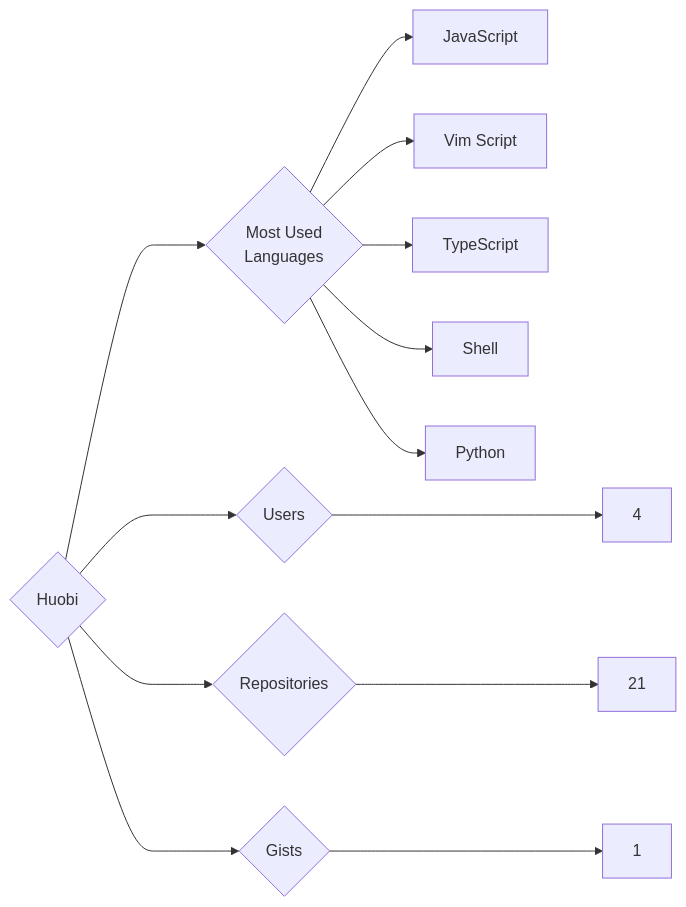
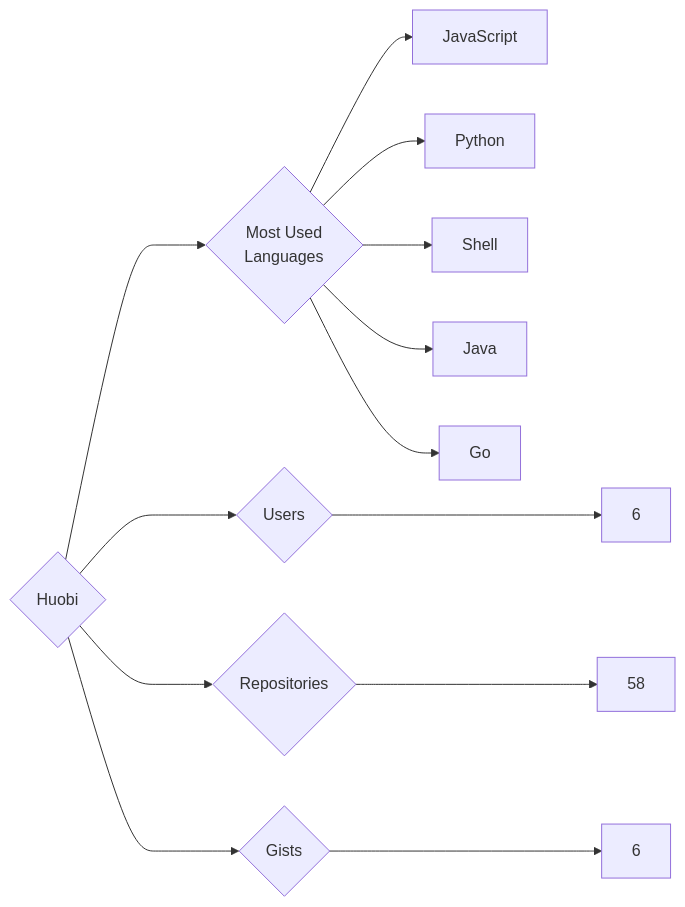
Before and after one commit to trickest/insiders: the diagram in targets/Huobi/README.md, drawn with Mermaid. The commit also changed 1088 other files, not shown here.

````diff
--- a/targets/Huobi/README.md
+++ b/targets/Huobi/README.md
@@ -3,13 +3,13 @@
 ```mermaid
 graph LR
 COMPANY_NAME{Huobi}
-COMPANY_NAME ---> U{Users} ---> UN[4]
-COMPANY_NAME ---> R{Repositories} ---> RN[21]
-COMPANY_NAME ---> G{Gists} ---> GN[1]
+COMPANY_NAME ---> U{Users} ---> UN[6]
+COMPANY_NAME ---> R{Repositories} ---> RN[58]
+COMPANY_NAME ---> G{Gists} ---> GN[6]
 COMPANY_NAME ---> ML{Most Used<br>Languages}
 ML --> JavaScript[JavaScript]
-ML --> Vim_Script[Vim Script]
-ML --> TypeScript[TypeScript]
+ML --> Python[Python]
 ML --> Shell[Shell]
-ML --> Python[Python]
+ML --> Java[Java]
+ML --> Go[Go]
 ```
````
